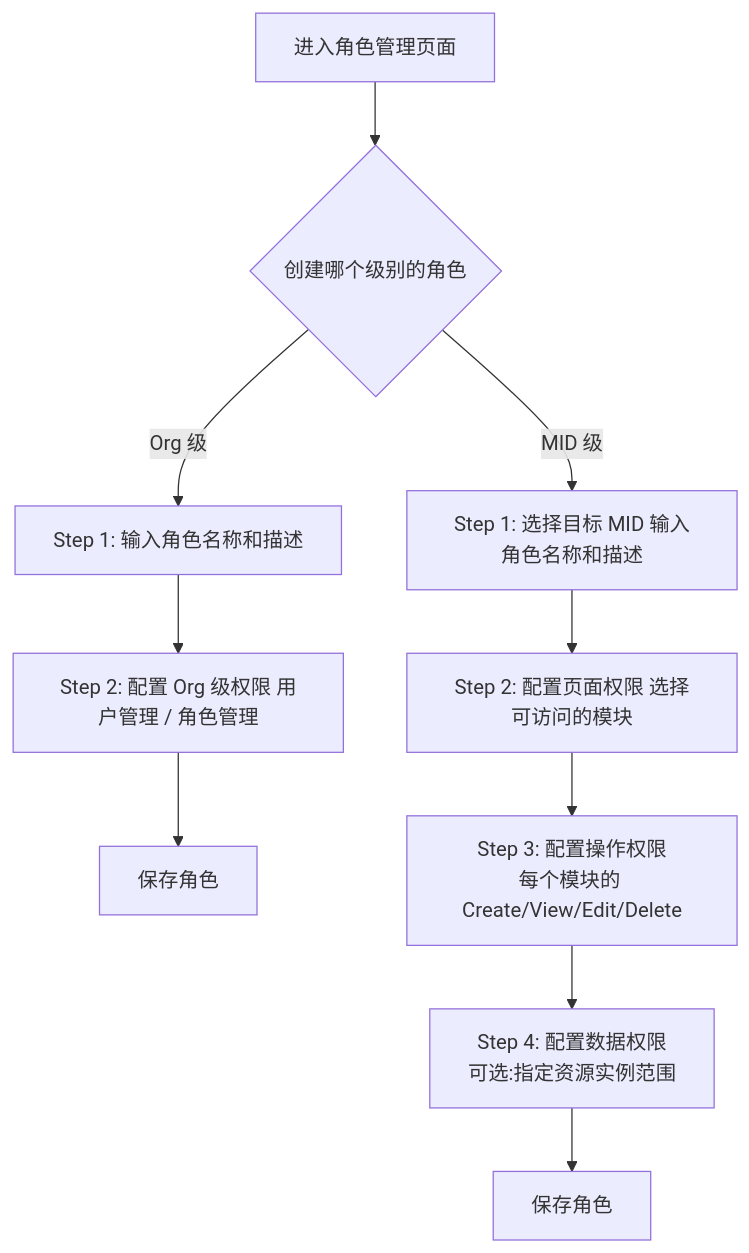
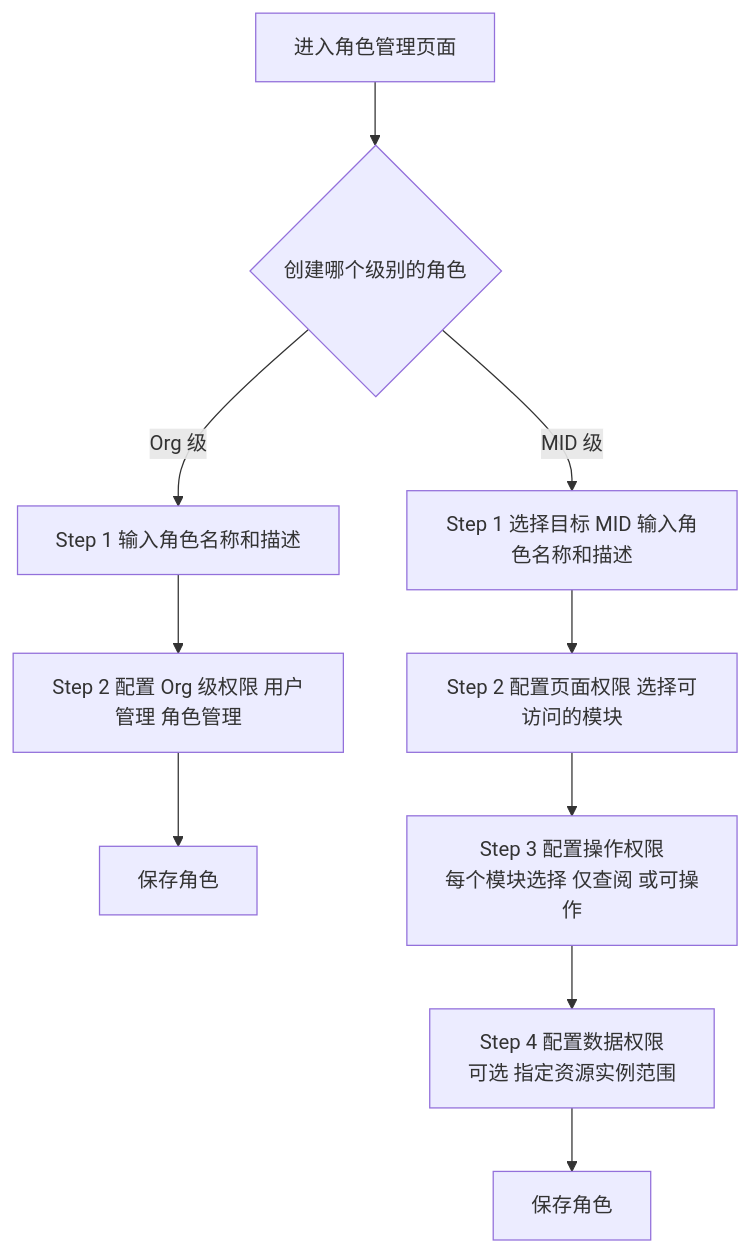
One commit to xiaoxiaoangie/EX-NEW changed the fourth of 19 diagrams in USERPERMISSIONS/prd/Users-Roles-Permissions.md. Above: the diagram before and after it, drawn with Mermaid. The commit also changed other lines of this file and 29 other files, not shown here.

````diff
--- a/USERPERMISSIONS/prd/Users-Roles-Permissions.md
+++ b/USERPERMISSIONS/prd/Users-Roles-Permissions.md
@@ -238,16 +238,16 @@
 ```mermaid
 flowchart TD
     A[进入角色管理页面] --> B{创建哪个级别的角色}
 
-    B -->|Org 级| C1[Step 1: 输入角色名称和描述]
-    B -->|MID 级| C2[Step 1: 选择目标 MID 输入角色名称和描述]
+    B -->|Org 级| C1[Step 1 输入角色名称和描述]
+    B -->|MID 级| C2[Step 1 选择目标 MID 输入角色名称和描述]
 
-    C1 --> D1[Step 2: 配置 Org 级权限 用户管理 / 角色管理]
-    C2 --> D2[Step 2: 配置页面权限 选择可访问的模块]
+    C1 --> D1[Step 2 配置 Org 级权限 用户管理 角色管理]
+    C2 --> D2[Step 2 配置页面权限 选择可访问的模块]
 
     D1 --> E1[保存角色]
 
-    D2 --> F2[Step 3: 配置操作权限<br/>每个模块的 Create/View/Edit/Delete]
-    F2 --> G2[Step 4: 配置数据权限<br/>可选:指定资源实例范围]
+    D2 --> F2[Step 3 配置操作权限<br/>每个模块选择 仅查阅 或可操作]
+    F2 --> G2[Step 4 配置数据权限<br/>可选 指定资源实例范围]
     G2 --> E2[保存角色]
 ```
````
